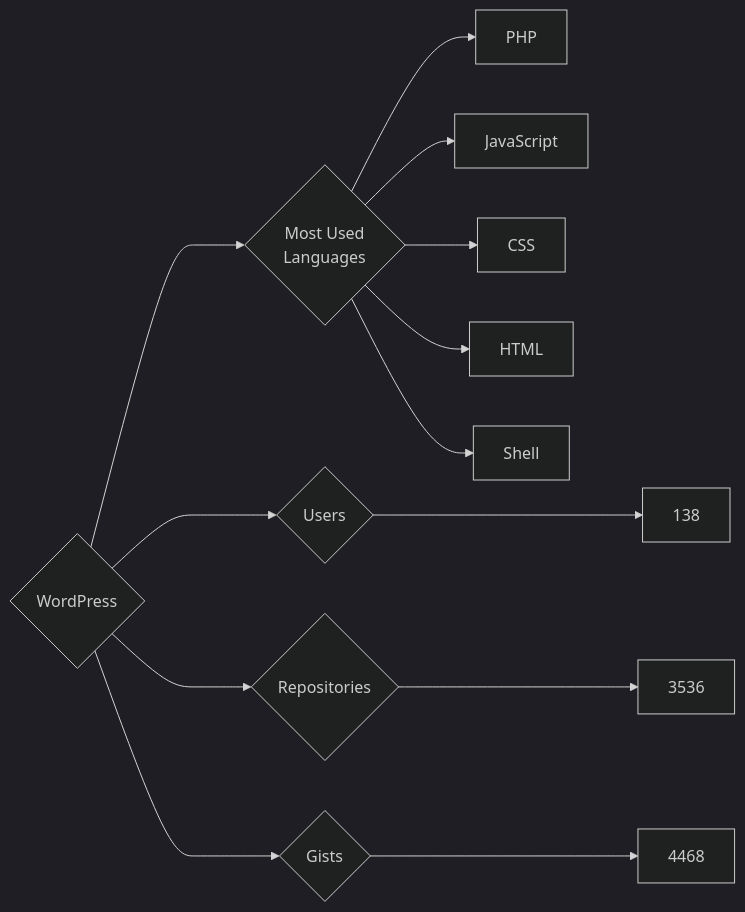
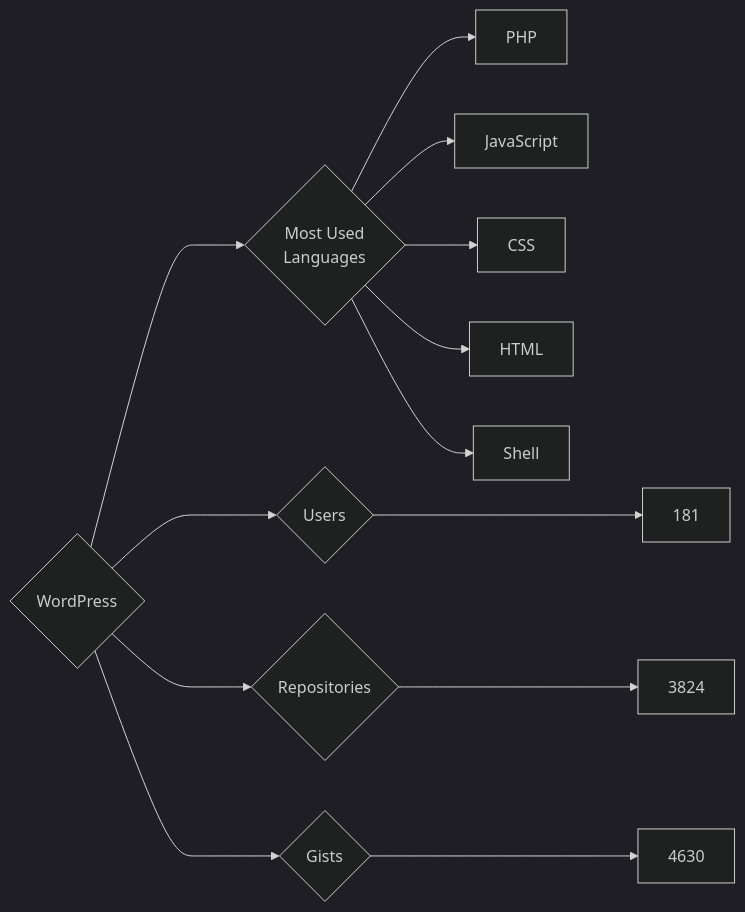
The diagram in targets/WordPress/README.md (trickest/insiders), drawn with Mermaid (dark theme) before and after one commit. The commit also changed 799 other files, not shown here.

````diff
--- a/targets/WordPress/README.md
+++ b/targets/WordPress/README.md
@@ -3,13 +3,13 @@
 ```mermaid
 graph LR
 COMPANY_NAME{WordPress}
-COMPANY_NAME ---> U{Users} ---> UN[138]
-COMPANY_NAME ---> R{Repositories} ---> RN[3536]
-COMPANY_NAME ---> G{Gists} ---> GN[4468]
+COMPANY_NAME ---> U{Users} ---> UN[181]
+COMPANY_NAME ---> R{Repositories} ---> RN[3824]
+COMPANY_NAME ---> G{Gists} ---> GN[4630]
 COMPANY_NAME ---> ML{Most Used<br>Languages}
 ML --> PHP[PHP]
 ML --> JavaScript[JavaScript]
 ML --> CSS[CSS]
 ML --> HTML[HTML]
 ML --> Shell[Shell]
 ```
````
